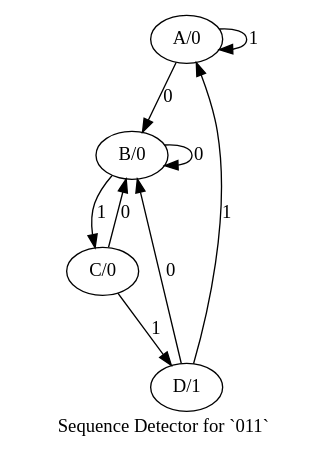
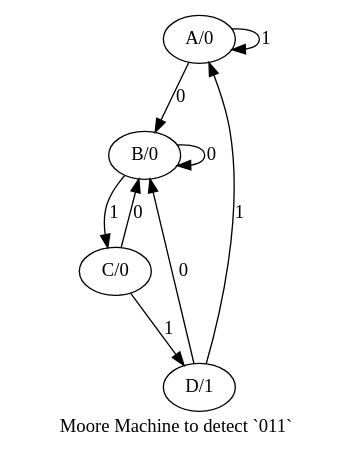
Before and after one commit to say4n/fsmutil: the diagram in seq2fsm/output/moore_fsm_for_011.dot, drawn with Graphviz. The commit also changed 13 other files, not shown here.

```diff
--- a/seq2fsm/output/moore_fsm_for_011.dot
+++ b/seq2fsm/output/moore_fsm_for_011.dot
@@ -1,19 +1,19 @@
 digraph "" {
-	graph [label="Sequence Detector for `011`"];
+	graph [label="Moore Machine to detect `011`"];
 	"A/0" -> "A/0" [key=0,
 	label=1];
 "A/0" -> "B/0" [key=0,
 label=0];
 "B/0" -> "B/0" [key=0,
 label=0];
 "B/0" -> "C/0" [key=0,
 label=1];
 "C/0" -> "B/0" [key=0,
 label=0];
 "C/0" -> "D/1" [key=0,
 label=1];
 "D/1" -> "A/0" [key=0,
 label=1];
 "D/1" -> "B/0" [key=0,
 label=0];
 }
```
